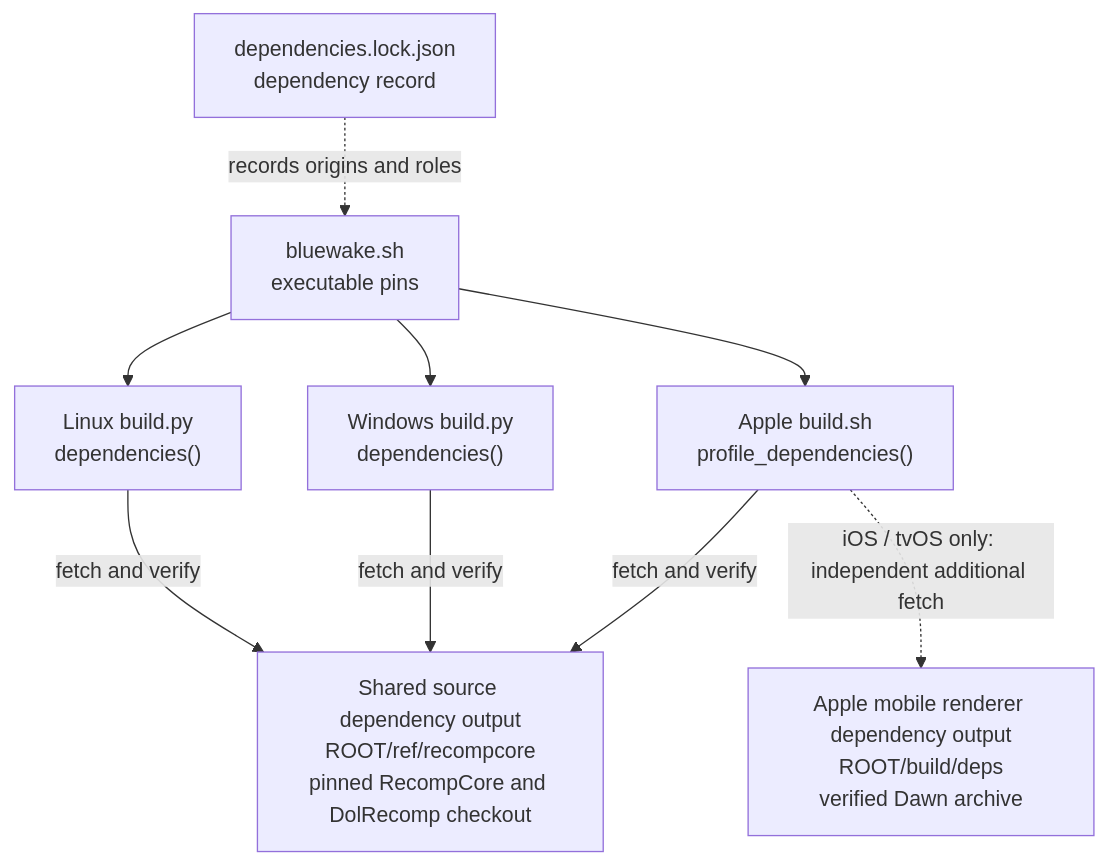
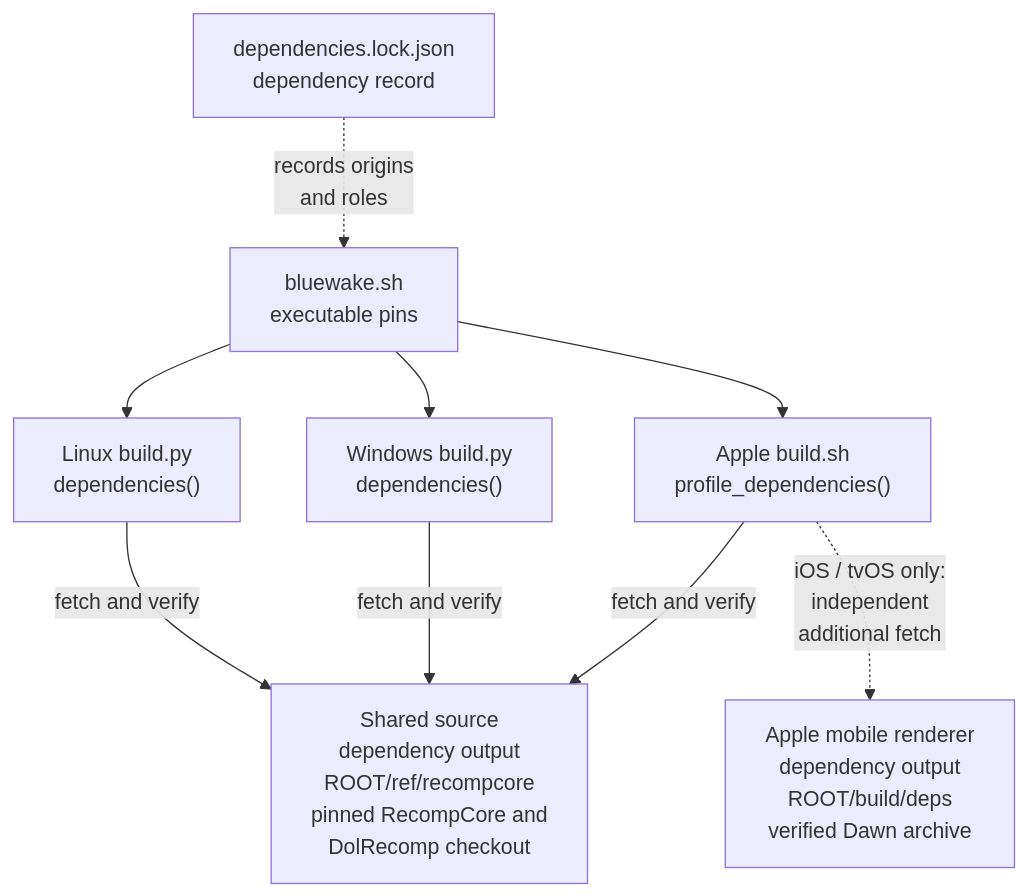
The third of 10 diagrams in docs/architecture/Build.md (Aelbannan/boat_of_daphnes), drawn with Mermaid before and after one commit. The commit also changed other lines of this file and 7 other files, not shown here.

Commit message:
Wrap Mermaid diagram labels

````diff
--- a/docs/architecture/Build.md
+++ b/docs/architecture/Build.md
@@ -200,19 +200,19 @@
 ```mermaid
 flowchart TD
     Profile["bluewake.sh<br/>executable pins"]
     Lock["dependencies.lock.json<br/>dependency record"]
     Linux["Linux build.py<br/>dependencies()"]
     Windows["Windows build.py<br/>dependencies()"]
     Apple["Apple build.sh<br/>profile_dependencies()"]
-    Checkout["Shared source dependency output<br/>ROOT/ref/recompcore<br/>pinned RecompCore and DolRecomp checkout"]
-    Dawn["Apple mobile renderer dependency output<br/>ROOT/build/deps<br/>verified Dawn archive"]
+    Checkout["Shared source<br/>dependency output<br/>ROOT/ref/recompcore<br/>pinned RecompCore and<br/>DolRecomp checkout"]
+    Dawn["Apple mobile renderer<br/>dependency output<br/>ROOT/build/deps<br/>verified Dawn archive"]
 
     Profile --> Linux
     Profile --> Windows
     Profile --> Apple
     Linux -->|fetch and verify| Checkout
     Windows -->|fetch and verify| Checkout
     Apple -->|fetch and verify| Checkout
-    Apple -. "iOS / tvOS only: independent additional fetch" .-> Dawn
-    Lock -. "records origins and roles" .-> Profile
+    Apple -. "iOS / tvOS only:<br/>independent<br/>additional fetch" .-> Dawn
+    Lock -. "records origins<br/>and roles" .-> Profile
 ```
````
